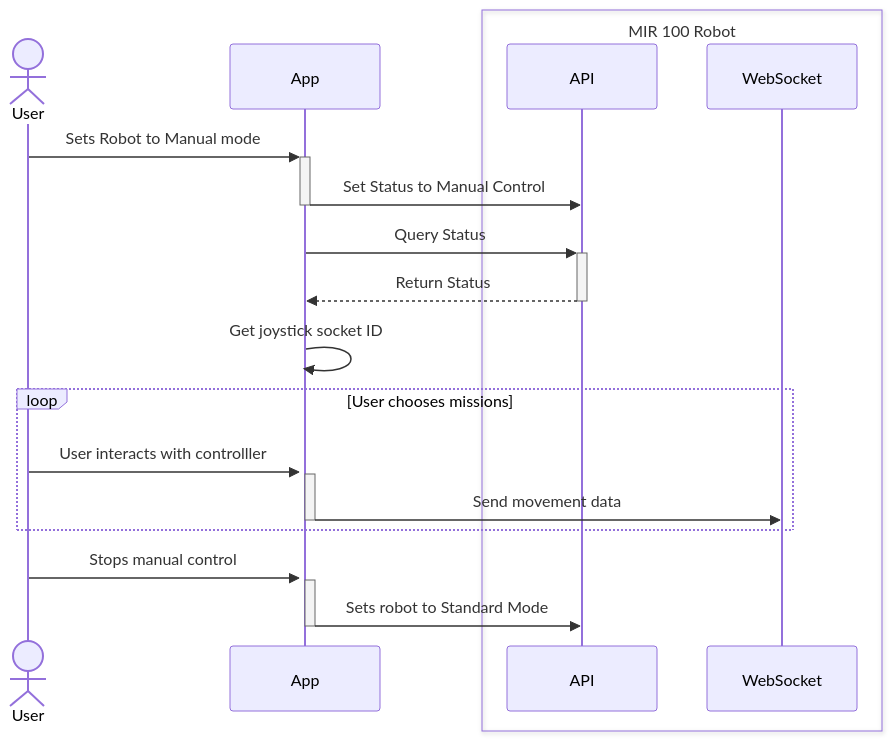
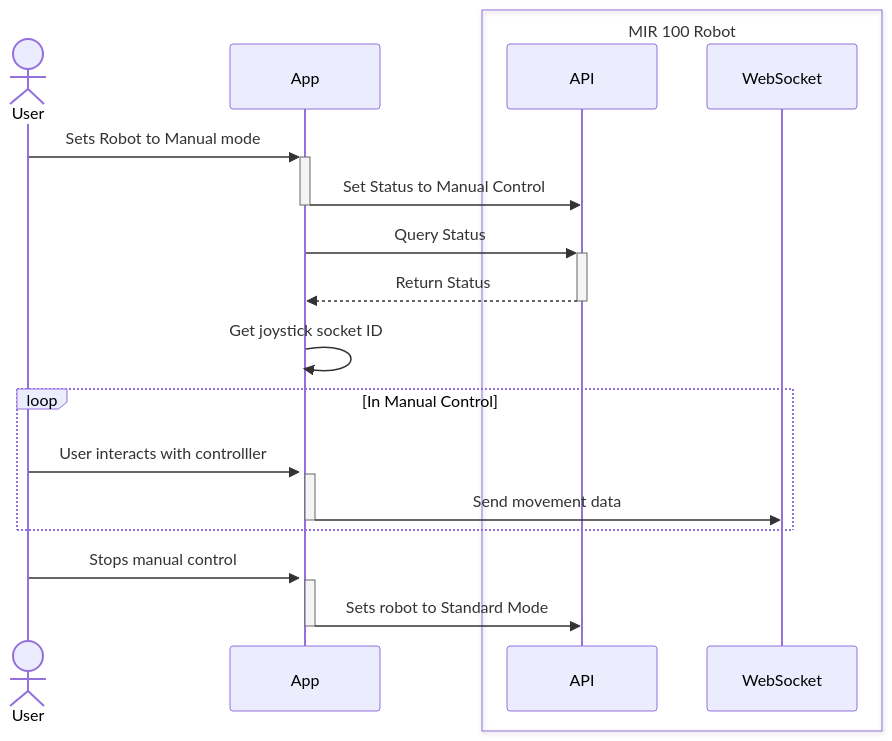
One commit to C4lopsitta/MIR-Controller changed the third of 3 diagrams in docs/App.md. Above: the diagram before and after it, drawn with Mermaid. The commit also changed 1 other file, not shown here.

Commit message:
feat: Implement manual control via WebSocket
This commit introduces manual control functionality for the MiR robot through a WebSocket connection, allowing users to send movement data via a joystick interface. Key changes include:

-   **Bot Badge Status:**
    - Added `MANUAL_CONTROL` as a new state in the `BotBadgeStatus` enum to represent the bot in manual control mode.
    - The badge color will change to blue when the bot is in `MANUAL_CONTROL`.
- **App Flow Diagram:**
    - Added a sequence diagram to document the flow when the user interacts with the manual control.

````diff
--- a/docs/App.md
+++ b/docs/App.md
@@ -72,24 +72,24 @@
 ```mermaid
 sequenceDiagram
     actor User
     participant App
     box transparent MIR 100 Robot
     participant API
     participant WebSocket
     end
 
     User ->>+ App: Sets Robot to Manual mode
 
     App ->>- API: Set Status to Manual Control
     App ->>+ API: Query Status
     API -->>- App: Return Status
     App ->>+ App: Get joystick socket ID
 
-    loop User chooses missions
+    loop In Manual Control
     User ->>+ App: User interacts with controlller
     App ->>- WebSocket: Send movement data
     end
     
     User ->>+ App: Stops manual control
     App ->>- API: Sets robot to Standard Mode
 ```
````
